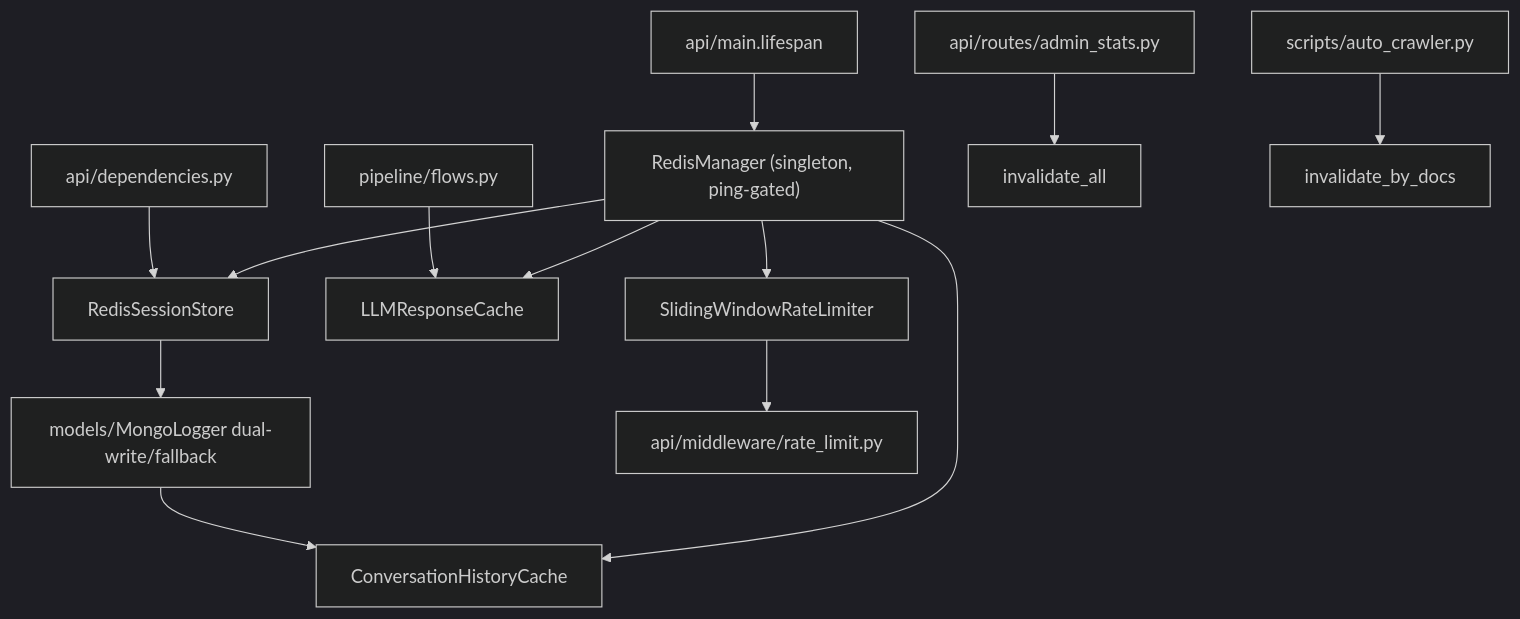
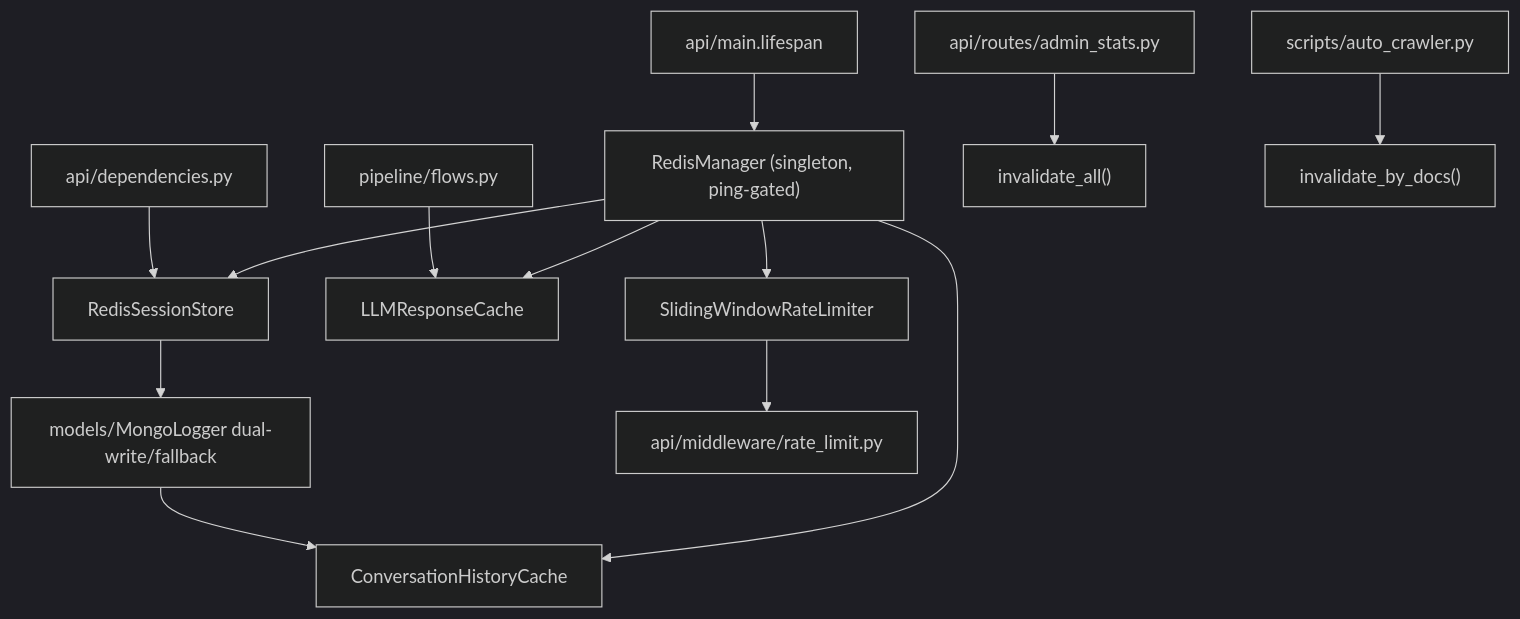
Before and after one commit to hoainam183/GR: the diagram in src/RAG_v2/cache/MODULE.md, drawn with Mermaid (dark theme). The commit also changed other lines of this file and 38 other files, not shown here.

````diff
--- a/src/RAG_v2/cache/MODULE.md
+++ b/src/RAG_v2/cache/MODULE.md
@@ -101,15 +197,15 @@
 ```mermaid
 flowchart TD
   Lifespan["api/main.lifespan"] --> Manager["RedisManager (singleton, ping-gated)"]
   Manager --> Session["RedisSessionStore"]
   Manager --> History["ConversationHistoryCache"]
   Manager --> LLMCache["LLMResponseCache"]
   Manager --> Rate["SlidingWindowRateLimiter"]
   Session --> MongoLogger["models/MongoLogger dual-write/fallback"]
+  MongoLogger --> History
   Deps["api/dependencies.py"] --> Session
-  MongoLogger --> History
   Flows["pipeline/flows.py"] --> LLMCache
-  Admin["api/routes/admin_stats.py"] --> InvAll["invalidate_all"]
-  Crawler["scripts/auto_crawler.py"] --> InvDocs["invalidate_by_docs"]
+  Admin["api/routes/admin_stats.py"] --> InvAll["invalidate_all()"]
+  Crawler["scripts/auto_crawler.py"] --> InvDocs["invalidate_by_docs()"]
   Rate --> Middleware["api/middleware/rate_limit.py"]
 ```
````
